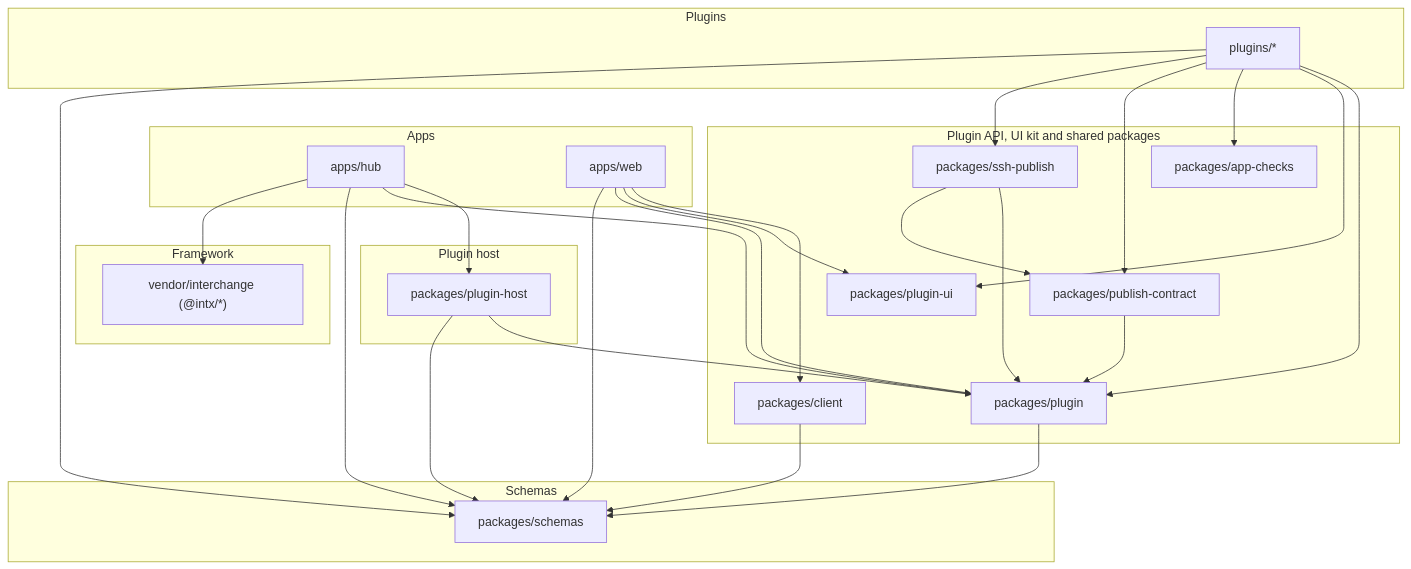
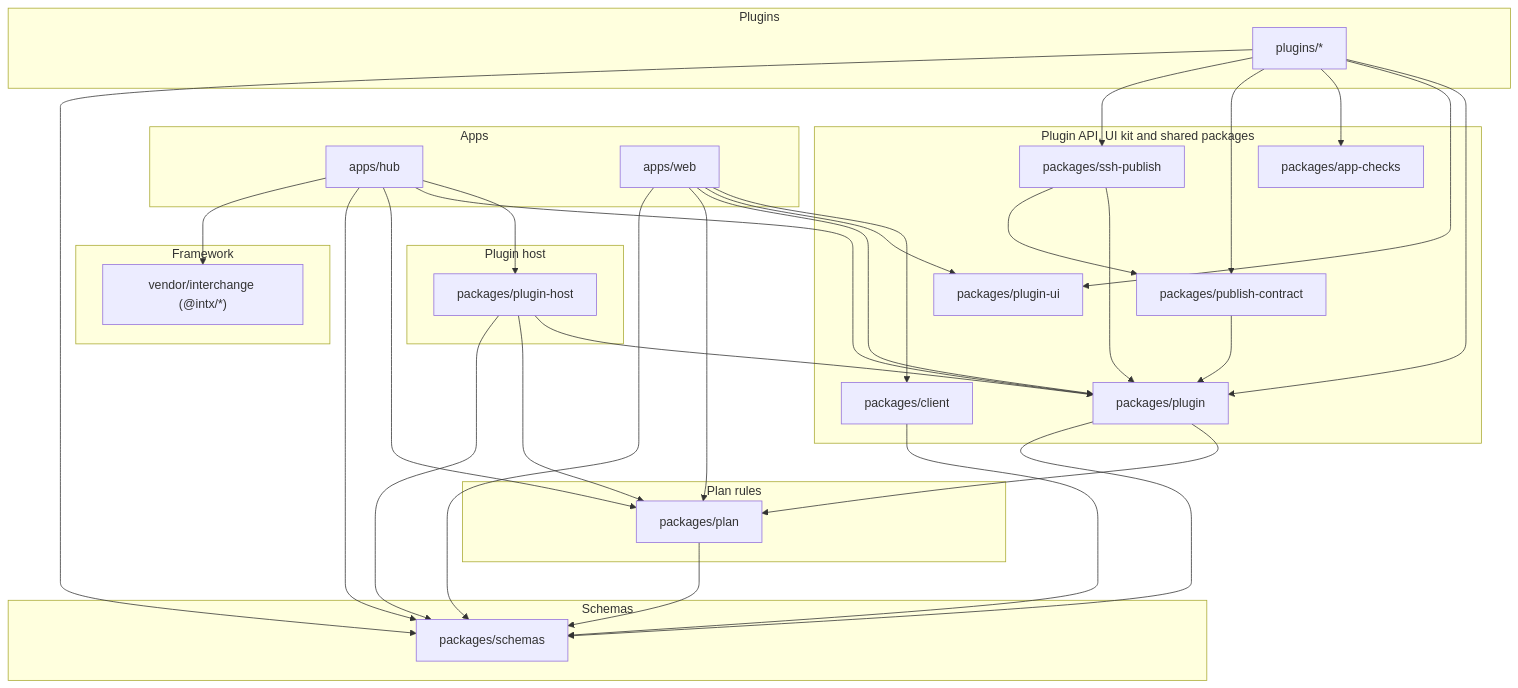
Before and after one commit to corbitsdev/corbits-builder: the diagram in docs/ARCHITECTURE.md, drawn with Mermaid. The commit also changed 8 other files, not shown here.

````diff
--- a/docs/ARCHITECTURE.md
+++ b/docs/ARCHITECTURE.md
@@ -36,49 +36,57 @@
 ```mermaid
 flowchart TD
   subgraph apps["Apps"]
     hub["apps/hub"]
     web["apps/web"]
   end
   subgraph hostlayer["Plugin host"]
     host["packages/plugin-host"]
   end
   subgraph pluginlayer["Plugins"]
     plugins["plugins/*"]
   end
   subgraph shared["Plugin API, UI kit and shared packages"]
     api["packages/plugin"]
     ui["packages/plugin-ui"]
     client["packages/client"]
     checks["packages/app-checks"]
     contract["packages/publish-contract"]
     ssh["packages/ssh-publish"]
   end
+  subgraph planlayer["Plan rules"]
+    plan["packages/plan"]
+  end
   subgraph base["Schemas"]
     schemas["packages/schemas"]
   end
   subgraph framework["Framework"]
     intx["vendor/interchange (@intx/*)"]
   end
 
   hub --> host
   hub --> api
+  hub --> plan
   hub --> schemas
   hub --> intx
   web --> client
   web --> ui
   web --> api
+  web --> plan
   web --> schemas
   host --> api
+  host --> plan
   host --> schemas
   plugins --> api
   plugins --> ui
   plugins --> checks
   plugins --> contract
   plugins --> ssh
   plugins --> schemas
+  api --> plan
   api --> schemas
+  plan --> schemas
   contract --> api
   ssh --> api
   ssh --> contract
   client --> schemas
 ```
````
